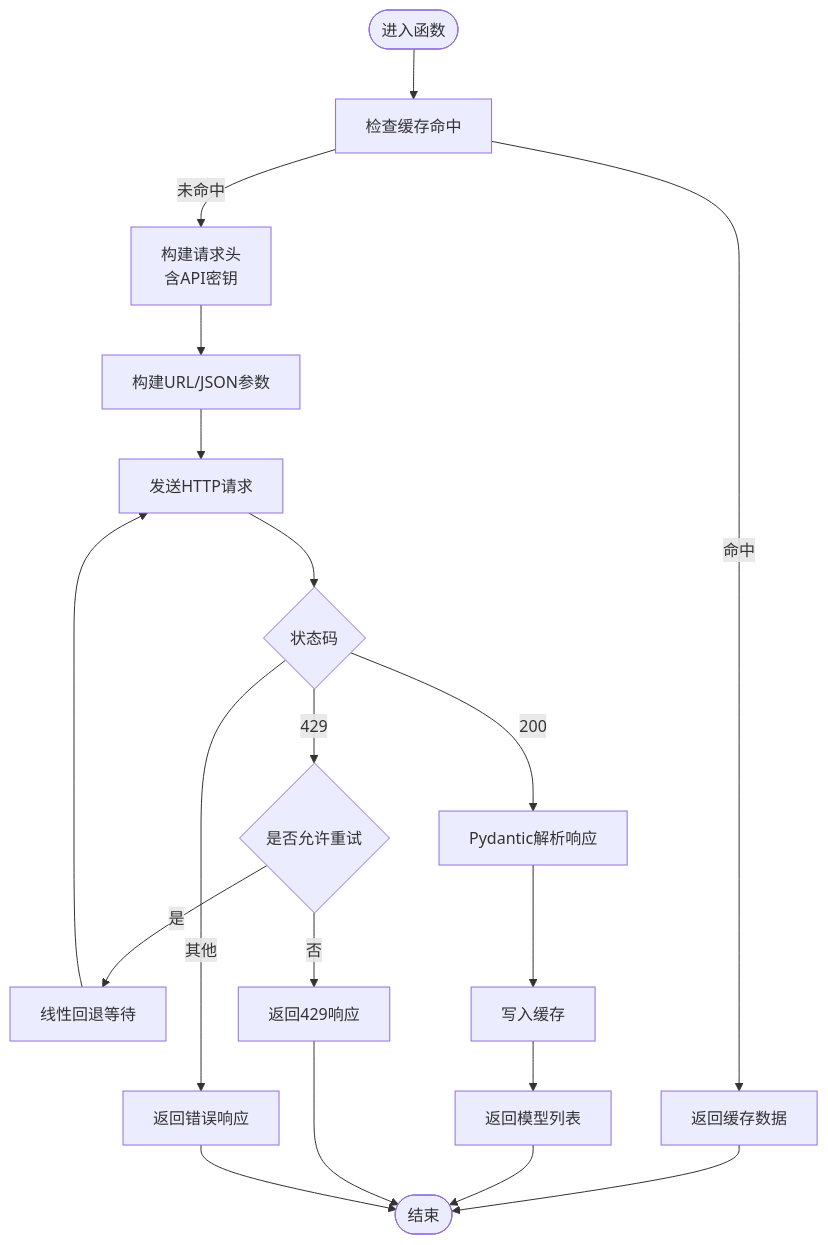
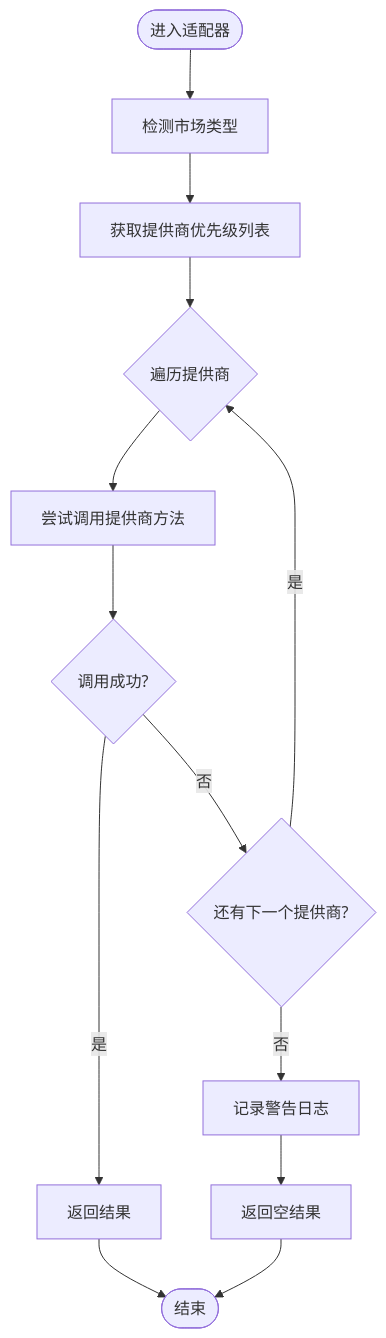
The third of 7 diagrams in .qoder/repowiki/zh/content/数据管理/API客户端集成.md (lichen14-hash/ai-hedge-fund), drawn with Mermaid before and after one commit. The commit also changed other lines of this file and 11 other files, not shown here.

````diff
--- a/.qoder/repowiki/zh/content/数据管理/API客户端集成.md
+++ b/.qoder/repowiki/zh/content/数据管理/API客户端集成.md
@@ -164,20 +195,15 @@
 ```mermaid
 flowchart TD
-Start(["进入函数"]) --> CheckCache["检查缓存命中"]
-CheckCache --> |命中| ReturnCache["返回缓存数据"]
-CheckCache --> |未命中| BuildHeaders["构建请求头<br/>含API密钥"]
-BuildHeaders --> BuildURL["构建URL/JSON参数"]
-BuildURL --> MakeReq["发送HTTP请求"]
-MakeReq --> RespCode{"状态码"}
-RespCode --> |200| Parse["Pydantic解析响应"]
-RespCode --> |429| Retry{"是否允许重试"}
-Retry --> |是| Backoff["线性回退等待"] --> MakeReq
-Retry --> |否| Return429["返回429响应"]
-RespCode --> |其他| ReturnErr["返回错误响应"]
-Parse --> CacheSet["写入缓存"]
-CacheSet --> ReturnData["返回模型列表"]
-ReturnCache --> End(["结束"])
-ReturnData --> End
-Return429 --> End
-ReturnErr --> End
+Start(["进入适配器"]) --> DetectMarket["检测市场类型"]
+DetectMarket --> GetPriority["获取提供商优先级列表"]
+GetPriority --> LoopProviders{"遍历提供商"}
+LoopProviders --> TryProvider["尝试调用提供商方法"]
+TryProvider --> Success{"调用成功?"}
+Success --> |是| ReturnResult["返回结果"]
+Success --> |否| NextProvider{"还有下一个提供商?"}
+NextProvider --> |是| LoopProviders
+NextProvider --> |否| LogWarning["记录警告日志"]
+LogWarning --> ReturnEmpty["返回空结果"]
+ReturnResult --> End(["结束"])
+ReturnEmpty --> End
 ```
````
